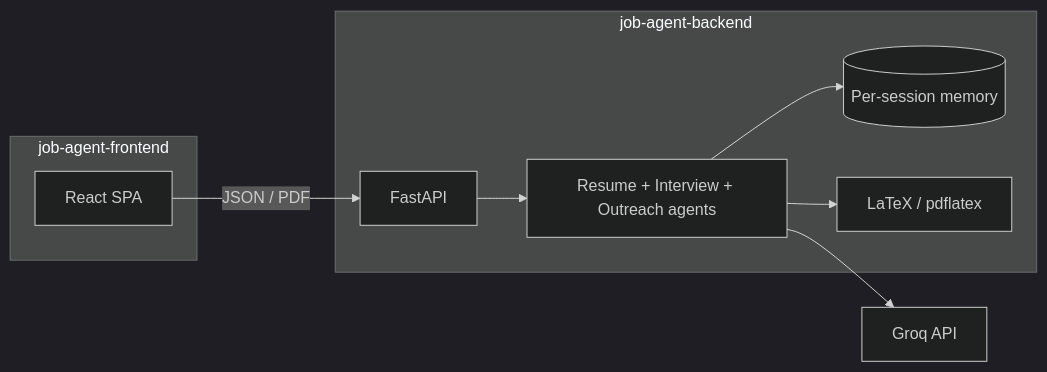
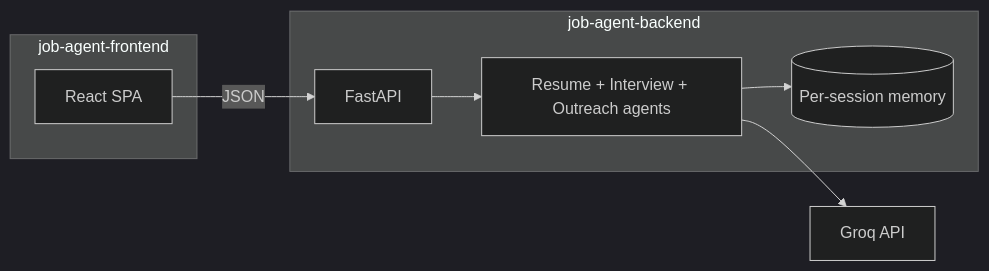
The diagram in README.md (jasminek12/agentic-ai-project), drawn with Mermaid (dark theme) before and after one commit. The commit also changed other lines of this file and 2 other files, not shown here.

Commit message:
feat: update interview flow and docs

````diff
--- a/README.md
+++ b/README.md
@@ -76,18 +76,16 @@
 ```mermaid
 flowchart LR
   subgraph client [job-agent-frontend]
     UI[React SPA]
   end
   subgraph api [job-agent-backend]
     FastAPI[FastAPI]
     Agents[Resume + Interview + Outreach agents]
     Mem[(Per-session memory)]
-    PDF[LaTeX / pdflatex]
   end
   Groq[Groq API]
-  UI -->|JSON / PDF| FastAPI
+  UI -->|JSON| FastAPI
   FastAPI --> Agents
   Agents --> Groq
   Agents --> Mem
-  Agents --> PDF
 ```
````
